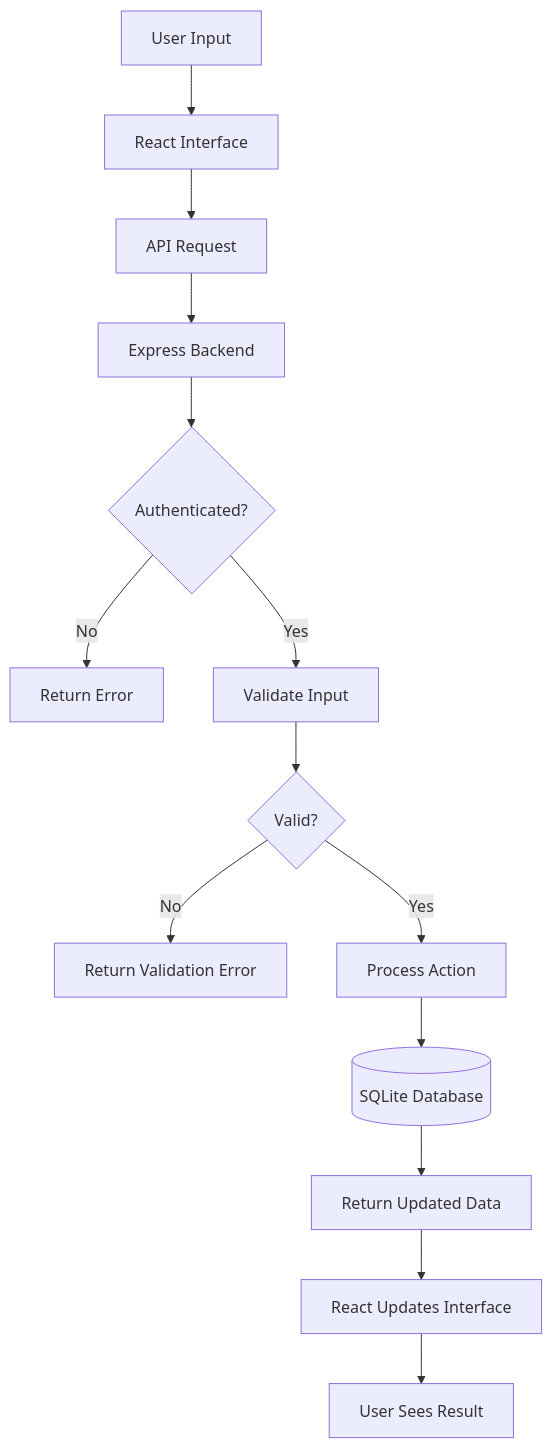
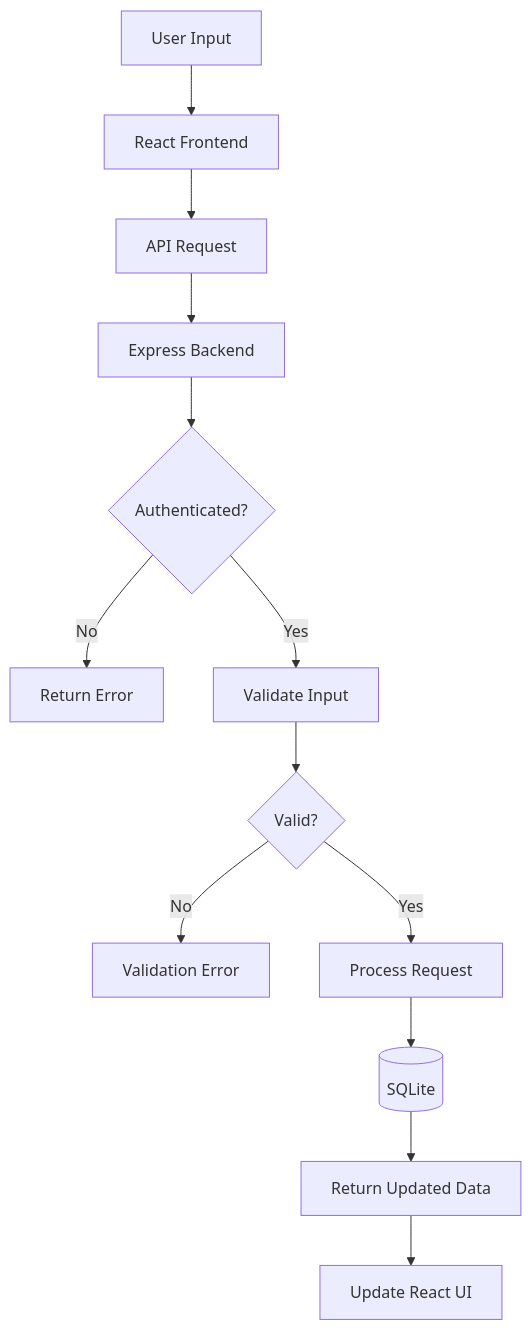
The second of 7 diagrams in README.md (kushalshrestha303-web/BalanceBoard), drawn with Mermaid before and after one commit. The commit also changed other lines of this file, not shown here.

````diff
--- a/README.md
+++ b/README.md
@@ -127,16 +127,15 @@
 ```mermaid
 flowchart TD
-    A[User Input] --> B[React Interface]
+    A[User Input] --> B[React Frontend]
     B --> C[API Request]
     C --> D[Express Backend]
     D --> E{Authenticated?}
     E -- No --> F[Return Error]
     E -- Yes --> G[Validate Input]
     G --> H{Valid?}
-    H -- No --> I[Return Validation Error]
-    H -- Yes --> J[Process Action]
-    J --> K[(SQLite Database)]
+    H -- No --> I[Validation Error]
+    H -- Yes --> J[Process Request]
+    J --> K[(SQLite)]
     K --> L[Return Updated Data]
-    L --> M[React Updates Interface]
-    M --> N[User Sees Result]
+    L --> M[Update React UI]
 ```
````
